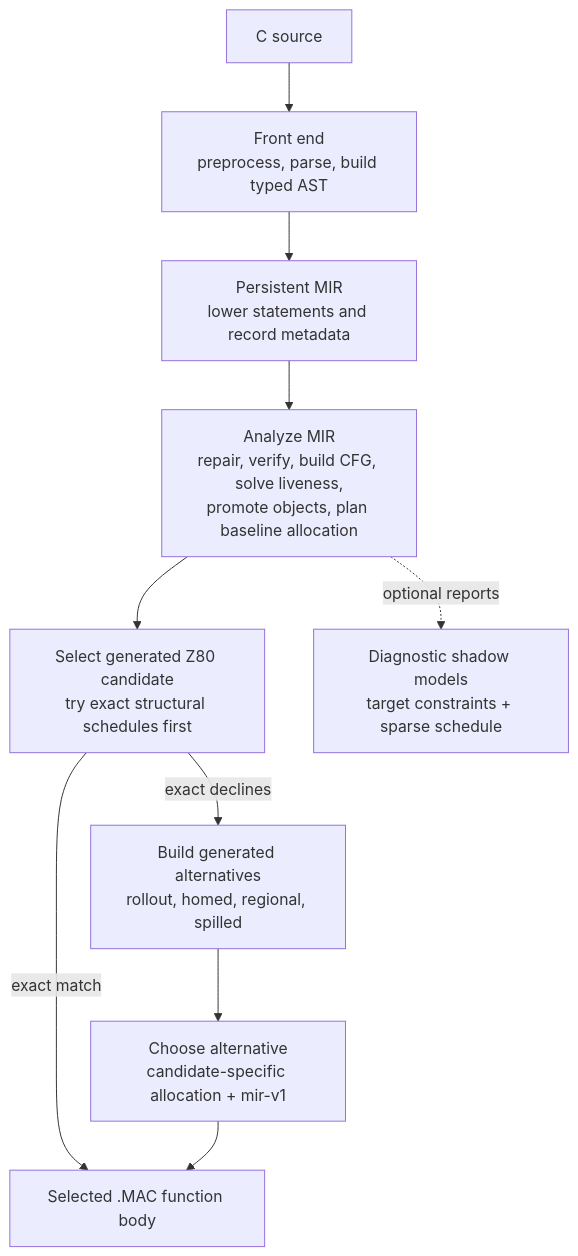
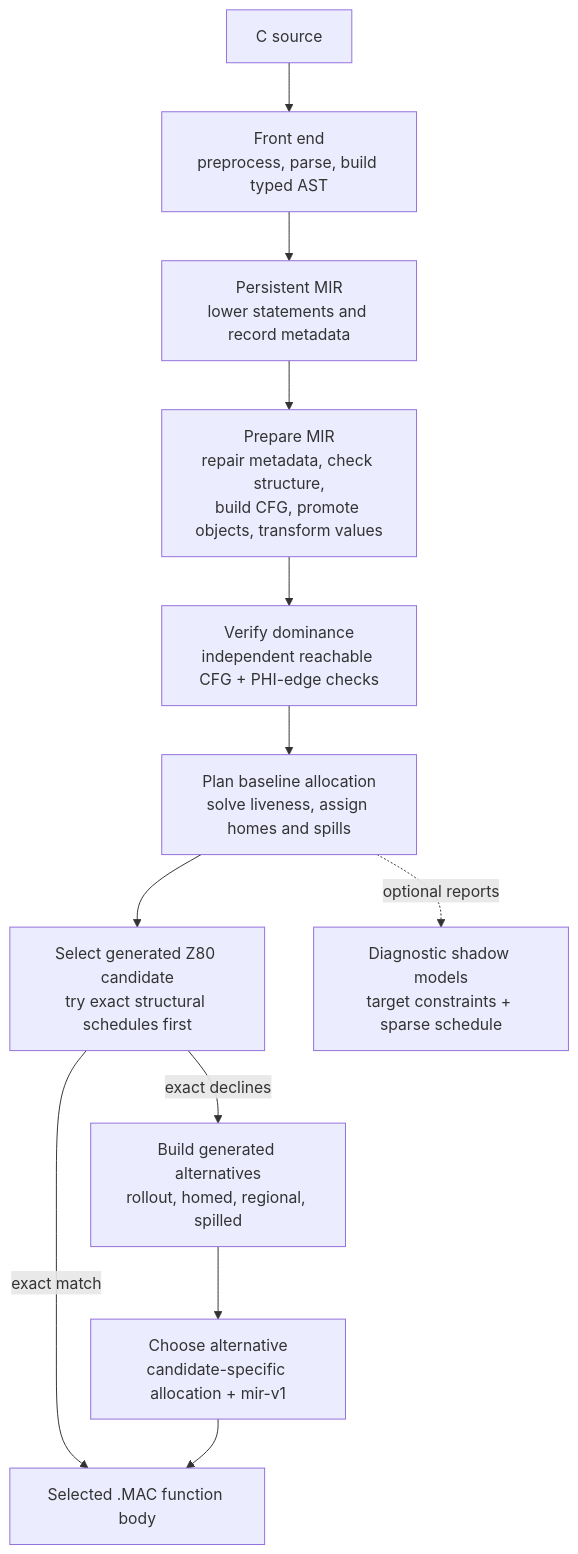
Before and after one commit to davidly/dcc: the second of 5 diagrams in docs/docs/en/appendix/00-architecture.md, drawn with Mermaid. The commit also changed other lines of this file and 18 other files, not shown here.

Commit message:
fix: enforce MIR dominance and correct loop-entry promotion (#184)

````diff
--- a/docs/docs/en/appendix/00-architecture.md
+++ b/docs/docs/en/appendix/00-architecture.md
@@ -78,14 +78,16 @@
 ```mermaid
 flowchart TB
   SRC["C source"] --> FRONT["Front end<br/>preprocess, parse, build typed AST"]
   FRONT --> MIR["Persistent MIR<br/>lower statements and record metadata"]
-  MIR --> ANALYZE["Analyze MIR<br/>repair, verify, build CFG, solve liveness,<br/>promote objects, plan baseline allocation"]
-  ANALYZE --> SELECT["Select generated Z80 candidate<br/>try exact structural schedules first"]
+  MIR --> ANALYZE["Prepare MIR<br/>repair metadata, check structure,<br/>build CFG, promote objects, transform values"]
+  ANALYZE --> VERIFY["Verify dominance<br/>independent reachable CFG + PHI-edge checks"]
+  VERIFY --> ALLOCATE["Plan baseline allocation<br/>solve liveness, assign homes and spills"]
+  ALLOCATE --> SELECT["Select generated Z80 candidate<br/>try exact structural schedules first"]
 
   SELECT -- exact match --> ASM["Selected .MAC function body"]
   SELECT -- exact declines --> GENERAL["Build generated alternatives<br/>rollout, homed, regional, spilled"]
   GENERAL --> COST["Choose alternative<br/>candidate-specific allocation + mir-v1"]
   COST --> ASM
 
-  ANALYZE -. optional reports .-> SHADOW["Diagnostic shadow models<br/>target constraints + sparse schedule"]
+  ALLOCATE -. optional reports .-> SHADOW["Diagnostic shadow models<br/>target constraints + sparse schedule"]
 ```
````
